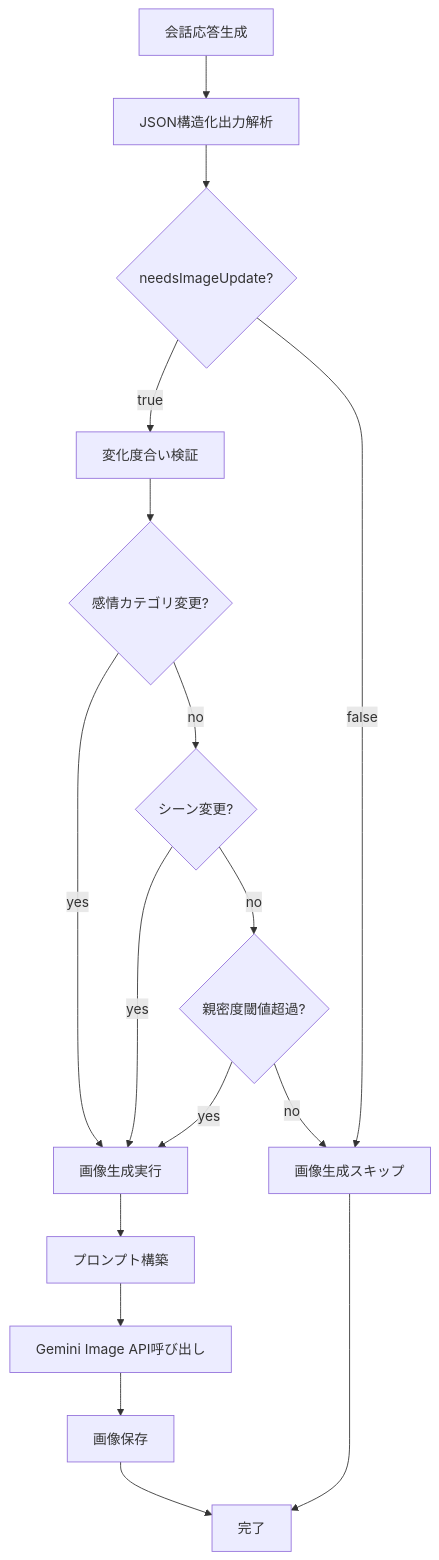
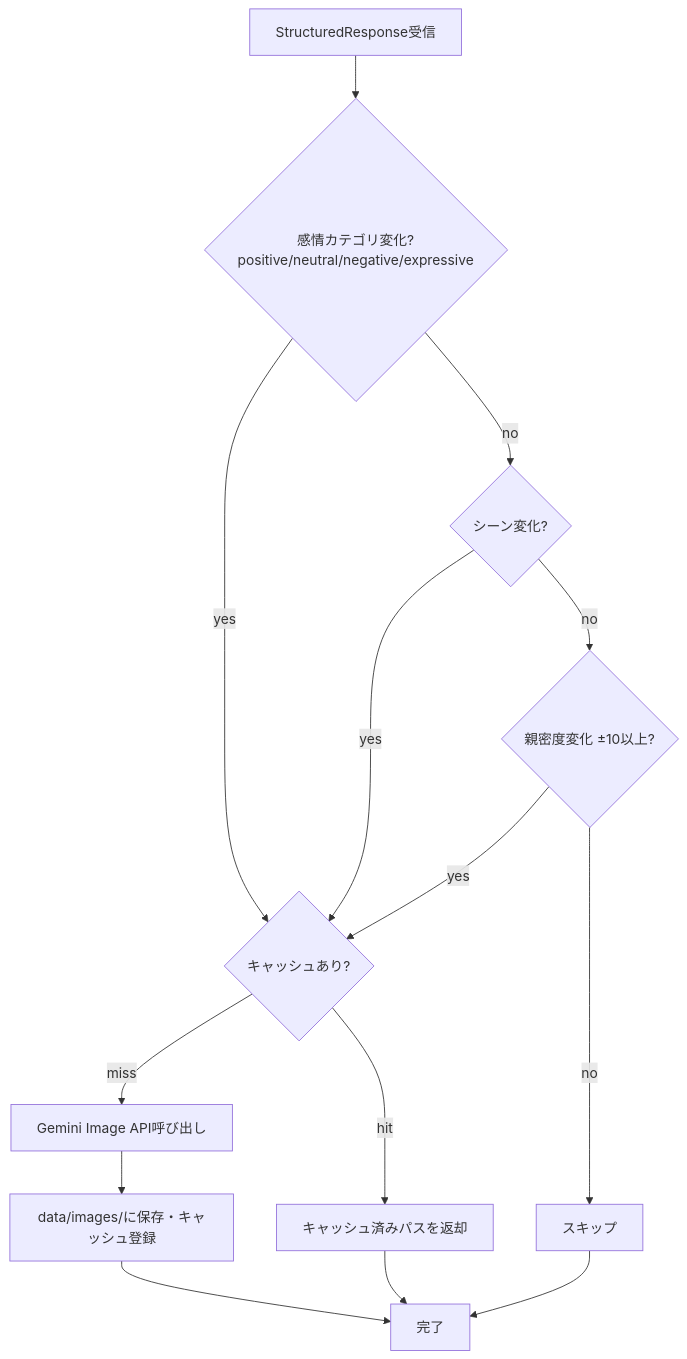
One commit to ice1203/ai-chat-game-vertex changed the second of 3 diagrams in .kiro/specs/agent-engine-chat-app/design.md. Above: the diagram before and after it, drawn with Mermaid. The commit also changed other lines of this file and 19 other files, not shown here.

````diff
--- a/.kiro/specs/agent-engine-chat-app/design.md
+++ b/.kiro/specs/agent-engine-chat-app/design.md
@@ -202,25 +76,17 @@
 ```mermaid
 flowchart TD
-    Start[会話応答生成] --> Parse[JSON構造化出力解析]
-    Parse --> Check{needsImageUpdate?}
+    Start[StructuredResponse受信] --> EmotionCat{感情カテゴリ変化?\npositive/neutral/negative/expressive}
+    EmotionCat -->|yes| Cache{キャッシュあり?}
+    EmotionCat -->|no| SceneChange{シーン変化?}
+    SceneChange -->|yes| Cache
+    SceneChange -->|no| Affinity{親密度変化 ±10以上?}
+    Affinity -->|yes| Cache
+    Affinity -->|no| NoGen[スキップ]
 
-    Check -->|true| Validate[変化度合い検証]
-    Check -->|false| NoGen[画像生成スキップ]
-
-    Validate --> EmotionChange{感情カテゴリ変更?}
-    EmotionChange -->|yes| Generate[画像生成実行]
-    EmotionChange -->|no| SceneChange{シーン変更?}
-
-    SceneChange -->|yes| Generate
-    SceneChange -->|no| AffinityThreshold{親密度閾値超過?}
-
-    AffinityThreshold -->|yes| Generate
-    AffinityThreshold -->|no| NoGen
-
-    Generate --> BuildPrompt[プロンプト構築]
-    BuildPrompt --> CallAPI[Gemini Image API呼び出し]
-    CallAPI --> SaveImage[画像保存]
-    SaveImage --> End[完了]
-
+    Cache -->|hit| ReturnCached[キャッシュ済みパスを返却]
+    Cache -->|miss| CallAPI[Gemini Image API呼び出し]
+    CallAPI --> Save[data/images/に保存・キャッシュ登録]
+    Save --> End[完了]
+    ReturnCached --> End
     NoGen --> End
 ```
````
